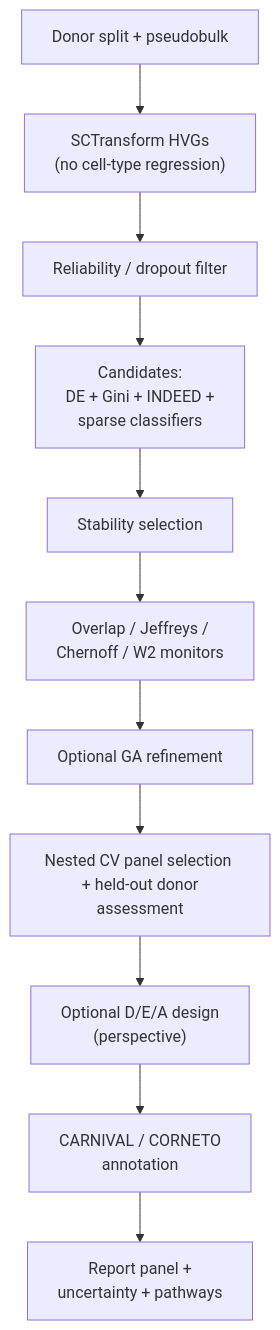
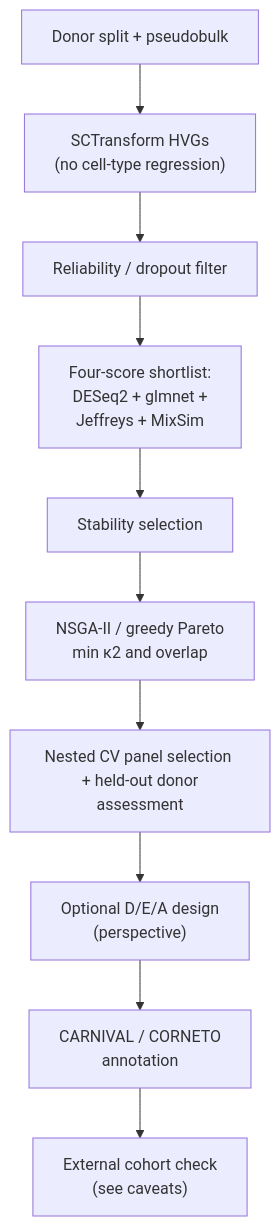
One commit to bastienchassagnol/DeCovarT changed the second of 2 diagrams in vignettes/feature-selection.qmd. Above: the diagram before and after it, drawn with Mermaid. The commit also changed other lines of this file and 4 other files, not shown here.

````diff
--- a/vignettes/feature-selection.qmd
+++ b/vignettes/feature-selection.qmd
@@ -553,16 +605,15 @@
 ```{mermaid}
 %%| label: fig-recommended-pipeline
 %%| fig-cap: "Recommended reference-based feature-selection pipeline from donor pseudobulks to validated, mechanistically annotated panels."
 %%{init: {"theme": "sandstone"}}%%
 flowchart TD
   A["Donor split + pseudobulk"] --> B["SCTransform HVGs <br/> (no cell-type regression)"]
   B --> C["Reliability / dropout filter"]
-  C --> D["Candidates: <br/> DE + Gini + INDEED + <br/> sparse classifiers"]
+  C --> D["Four-score shortlist: <br/> DESeq2 + glmnet + <br/> Jeffreys + MixSim"]
   D --> E["Stability selection"]
-  E --> F["Overlap / Jeffreys / <br/> Chernoff / W2 monitors"]
-  F --> G["Optional GA refinement"]
-  G --> H["Nested CV panel selection <br/> + held-out donor assessment"]
-  H --> I["Optional D/E/A design <br/> (perspective)"]
-  I --> J["CARNIVAL / CORNETO <br/> annotation"]
-  J --> K["Report panel + <br/> uncertainty + pathways"]
+  E --> F["NSGA-II / greedy Pareto <br/> min κ2 and overlap"]
+  F --> G["Nested CV panel selection <br/> + held-out donor assessment"]
+  G --> H["Optional D/E/A design <br/> (perspective)"]
+  H --> I["CARNIVAL / CORNETO <br/> annotation"]
+  I --> J["External cohort check <br/> (see caveats)"]
 ```
````
